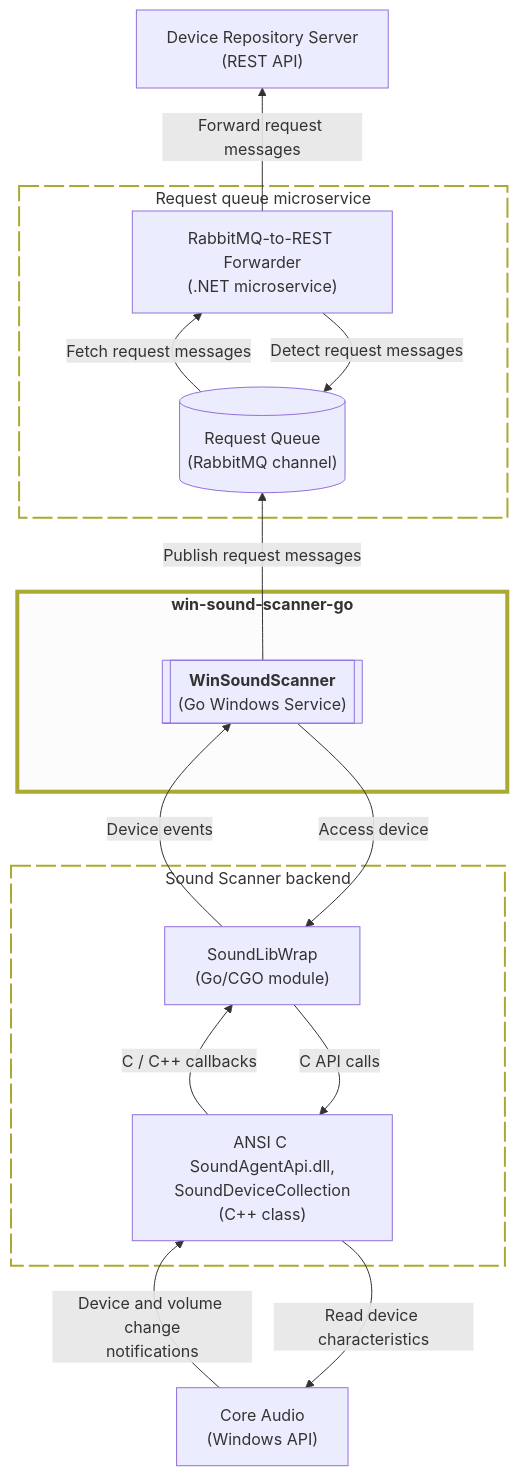
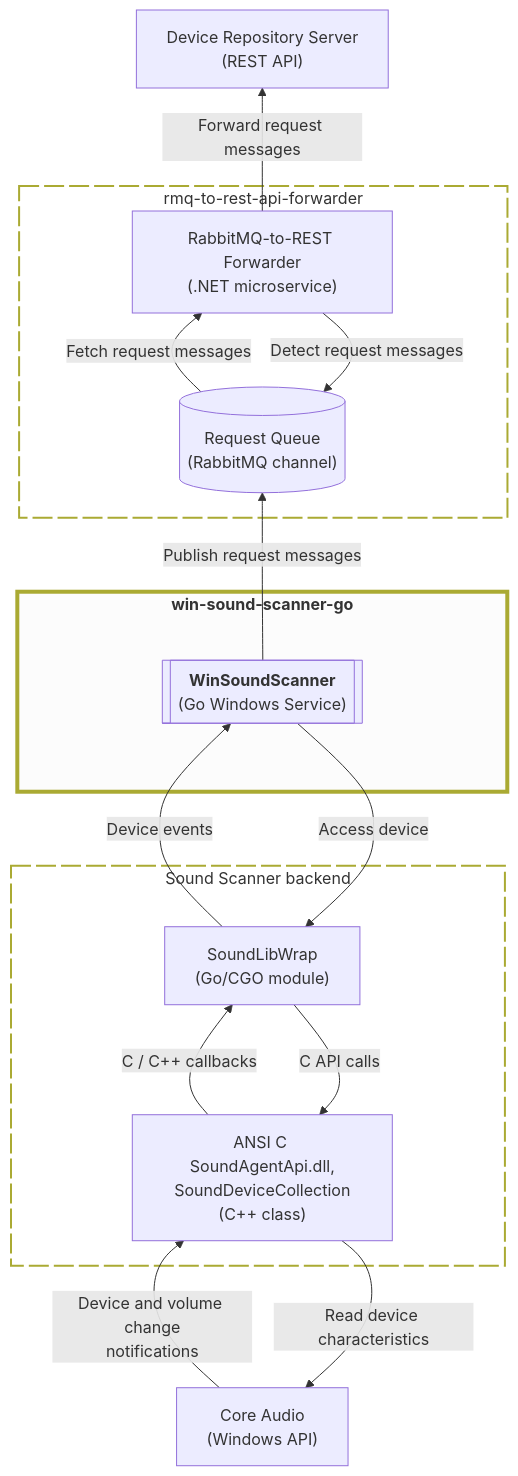
The diagram in README.md (collect-sound-devices/win-sound-scanner-go), drawn with Mermaid before and after one commit.

Commit message:
README update: rename requestQueueMicroservice to rmq-to-rest-api-forwarder

````diff
--- a/README.md
+++ b/README.md
@@ -9,51 +9,51 @@
 ```mermaid
 flowchart BT
 
 classDef dottedBox fill:transparent,fill-opacity:0.55, stroke-dasharray:20 5,stroke-width:2px;
 classDef stressedBox fill:#f0f0f0,fill-opacity:0.2,stroke-width:4px;
 classDef invisibleNode fill:transparent,stroke:transparent;
 
 coreAudioApi["Core Audio<br>(Windows API)"]
 
 subgraph scannerBackend["Sound Scanner backend"]
     invisible3["<br><br><br><br><br>"]
     class invisible3 invisibleNode
     goCgoWrapper["SoundLibWrap<br>(Go/CGO module)"]
     soundAgentApiDll["ANSI C SoundAgentApi.dll,<br>SoundDeviceCollection<br>(C++ class)"]
     invisible4["<br><br><br><br><br>"]
     class invisible4 invisibleNode
 end
 class scannerBackend dottedBox
 
 coreAudioApi -->|Device and volume change<br>notifications| soundAgentApiDll
 soundAgentApiDll --> |Read device characteristics| coreAudioApi
 
 subgraph scannerService["<b>win-sound-scanner-go</b>"]
     invisible1["<br><br><br><br><br>"]
     class invisible1 invisibleNode
     winSoundScannerService[["<b>WinSoundScanner</b><br>(Go Windows Service)"]]
     invisible2["<br><br><br><br><br>"]
     class invisible2 invisibleNode
 end
 class scannerService stressedBox
 
-subgraph requestQueueMicroservice["Request queue microservice"]
+subgraph requestQueueMicroservice["rmq-to-rest-api-forwarder"]
     requestQueue[("Request Queue<br>(RabbitMQ channel)")]
     rabbitMqRestForwarder["RabbitMQ-to-REST Forwarder<br>(.NET microservice)"]
 end
 class requestQueueMicroservice dottedBox
 
 deviceRepositoryApi["Device Repository Server<br>(REST API)"]
 
 winSoundScannerService --> |Access device| goCgoWrapper
 goCgoWrapper -->|Device events| winSoundScannerService
 
 goCgoWrapper --> |C API calls| soundAgentApiDll
 soundAgentApiDll -->|C / C++ callbacks| goCgoWrapper
 
 winSoundScannerService -->|Publish request messages| requestQueue
 
 requestQueue -->|Fetch request messages| rabbitMqRestForwarder
 rabbitMqRestForwarder --> |Detect request messages| requestQueue
 rabbitMqRestForwarder -->|Forward request messages| deviceRepositoryApi
 ```
````
